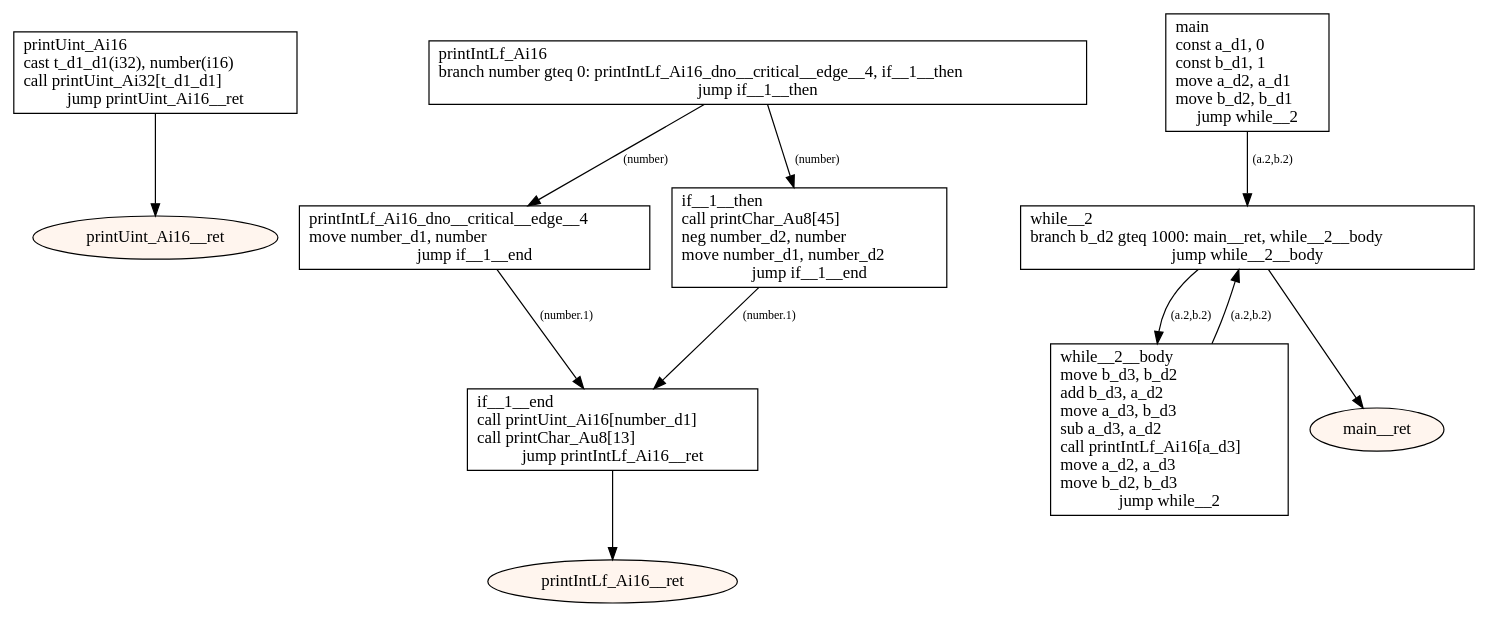
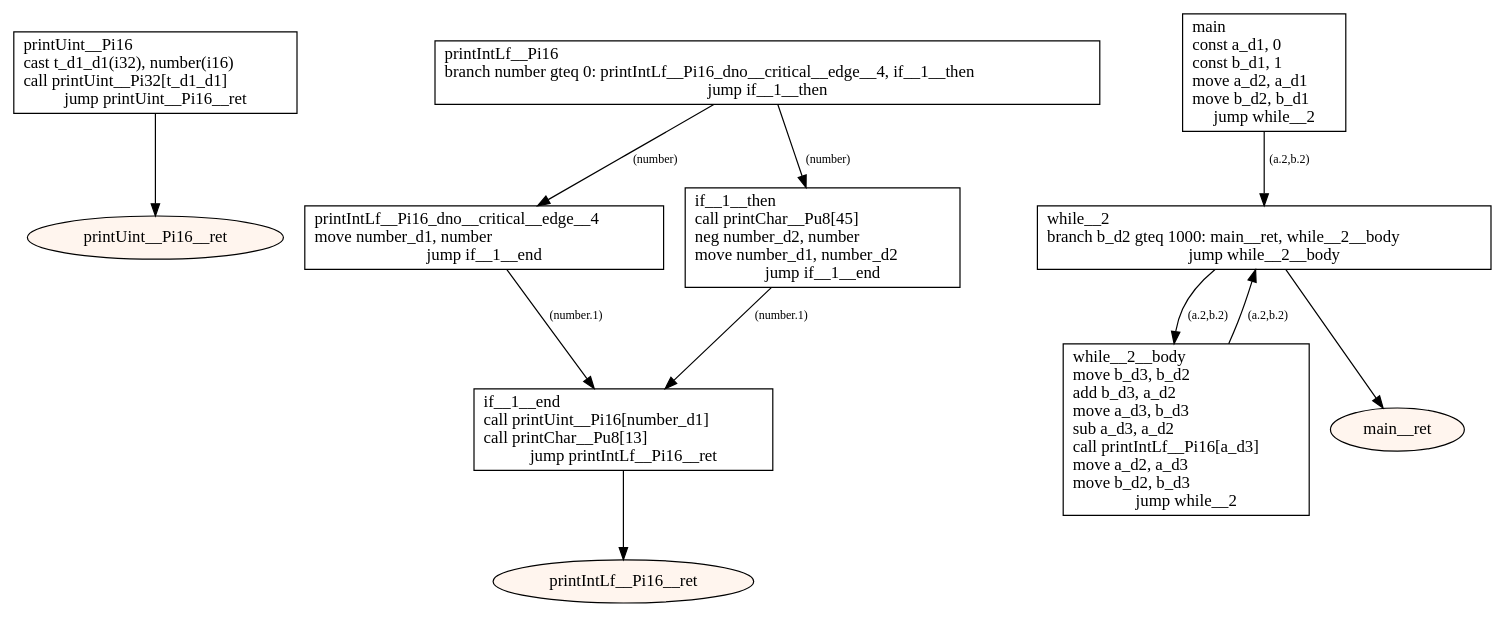
Before and after one commit to tmssngr/tinyC: the diagram in src/main/resources-test/compiler/z8/fibonacci.dot, drawn with Graphviz. The commit also changed 523 other files, not shown here.

```diff
--- a/src/main/resources-test/compiler/z8/fibonacci.dot
+++ b/src/main/resources-test/compiler/z8/fibonacci.dot
@@ -1,30 +1,30 @@
 digraph program {
 	edge[fontsize="10pt"];
-	subgraph fn_printUint_Ai16 {
-		BasicBlock_0_printUint_Ai16 [label="printUint_Ai16\lcast t_d1_d1(i32), number(i16)\lcall printUint_Ai32[t_d1_d1]\ljump printUint_Ai16__ret",shape=box];
-		BasicBlock_0_printUint_Ai16 -> BasicBlock_0_printUint_Ai16__ret;
-		BasicBlock_0_printUint_Ai16__ret [label="printUint_Ai16__ret",shape=oval,style=filled,fillcolor="#fff5ee"];
+	subgraph fn_printUint__Pi16 {
+		BasicBlock_0_printUint__Pi16 [label="printUint__Pi16\lcast t_d1_d1(i32), number(i16)\lcall printUint__Pi32[t_d1_d1]\ljump printUint__Pi16__ret",shape=box];
+		BasicBlock_0_printUint__Pi16 -> BasicBlock_0_printUint__Pi16__ret;
+		BasicBlock_0_printUint__Pi16__ret [label="printUint__Pi16__ret",shape=oval,style=filled,fillcolor="#fff5ee"];
 	}
-	subgraph fn_printIntLf_Ai16 {
-		BasicBlock_1_printIntLf_Ai16 [label="printIntLf_Ai16\lbranch number gteq 0: printIntLf_Ai16_dno__critical__edge__4, if__1__then\ljump if__1__then",shape=box];
-		BasicBlock_1_printIntLf_Ai16 -> BasicBlock_1_printIntLf_Ai16_dno__critical__edge__4 [label="(number)"];
-		BasicBlock_1_printIntLf_Ai16 -> BasicBlock_1_if__1__then [label="(number)"];
-		BasicBlock_1_printIntLf_Ai16_dno__critical__edge__4 [label="printIntLf_Ai16_dno__critical__edge__4\lmove number_d1, number\ljump if__1__end",shape=box];
-		BasicBlock_1_printIntLf_Ai16_dno__critical__edge__4 -> BasicBlock_1_if__1__end [label="(number.1)"];
-		BasicBlock_1_if__1__then [label="if__1__then\lcall printChar_Au8[45]\lneg number_d2, number\lmove number_d1, number_d2\ljump if__1__end",shape=box];
+	subgraph fn_printIntLf__Pi16 {
+		BasicBlock_1_printIntLf__Pi16 [label="printIntLf__Pi16\lbranch number gteq 0: printIntLf__Pi16_dno__critical__edge__4, if__1__then\ljump if__1__then",shape=box];
+		BasicBlock_1_printIntLf__Pi16 -> BasicBlock_1_printIntLf__Pi16_dno__critical__edge__4 [label="(number)"];
+		BasicBlock_1_printIntLf__Pi16 -> BasicBlock_1_if__1__then [label="(number)"];
+		BasicBlock_1_printIntLf__Pi16_dno__critical__edge__4 [label="printIntLf__Pi16_dno__critical__edge__4\lmove number_d1, number\ljump if__1__end",shape=box];
+		BasicBlock_1_printIntLf__Pi16_dno__critical__edge__4 -> BasicBlock_1_if__1__end [label="(number.1)"];
+		BasicBlock_1_if__1__then [label="if__1__then\lcall printChar__Pu8[45]\lneg number_d2, number\lmove number_d1, number_d2\ljump if__1__end",shape=box];
 		BasicBlock_1_if__1__then -> BasicBlock_1_if__1__end [label="(number.1)"];
-		BasicBlock_1_if__1__end [label="if__1__end\lcall printUint_Ai16[number_d1]\lcall printChar_Au8[13]\ljump printIntLf_Ai16__ret",shape=box];
-		BasicBlock_1_if__1__end -> BasicBlock_1_printIntLf_Ai16__ret;
-		BasicBlock_1_printIntLf_Ai16__ret [label="printIntLf_Ai16__ret",shape=oval,style=filled,fillcolor="#fff5ee"];
+		BasicBlock_1_if__1__end [label="if__1__end\lcall printUint__Pi16[number_d1]\lcall printChar__Pu8[13]\ljump printIntLf__Pi16__ret",shape=box];
+		BasicBlock_1_if__1__end -> BasicBlock_1_printIntLf__Pi16__ret;
+		BasicBlock_1_printIntLf__Pi16__ret [label="printIntLf__Pi16__ret",shape=oval,style=filled,fillcolor="#fff5ee"];
 	}
 	subgraph fn_main {
 		BasicBlock_2_main [label="main\lconst a_d1, 0\lconst b_d1, 1\lmove a_d2, a_d1\lmove b_d2, b_d1\ljump while__2",shape=box];
 		BasicBlock_2_main -> BasicBlock_2_while__2 [label="(a.2,b.2)"];
-		BasicBlock_2_while__2__body [label="while__2__body\lmove b_d3, b_d2\ladd b_d3, a_d2\lmove a_d3, b_d3\lsub a_d3, a_d2\lcall printIntLf_Ai16[a_d3]\lmove a_d2, a_d3\lmove b_d2, b_d3\ljump while__2",shape=box];
+		BasicBlock_2_while__2__body [label="while__2__body\lmove b_d3, b_d2\ladd b_d3, a_d2\lmove a_d3, b_d3\lsub a_d3, a_d2\lcall printIntLf__Pi16[a_d3]\lmove a_d2, a_d3\lmove b_d2, b_d3\ljump while__2",shape=box];
 		BasicBlock_2_while__2__body -> BasicBlock_2_while__2 [label="(a.2,b.2)"];
 		BasicBlock_2_while__2 [label="while__2\lbranch b_d2 gteq 1000: main__ret, while__2__body\ljump while__2__body",shape=box];
 		BasicBlock_2_while__2 -> BasicBlock_2_main__ret;
 		BasicBlock_2_while__2 -> BasicBlock_2_while__2__body [label="(a.2,b.2)"];
 		BasicBlock_2_main__ret [label="main__ret",shape=oval,style=filled,fillcolor="#fff5ee"];
 	}
 }
```
